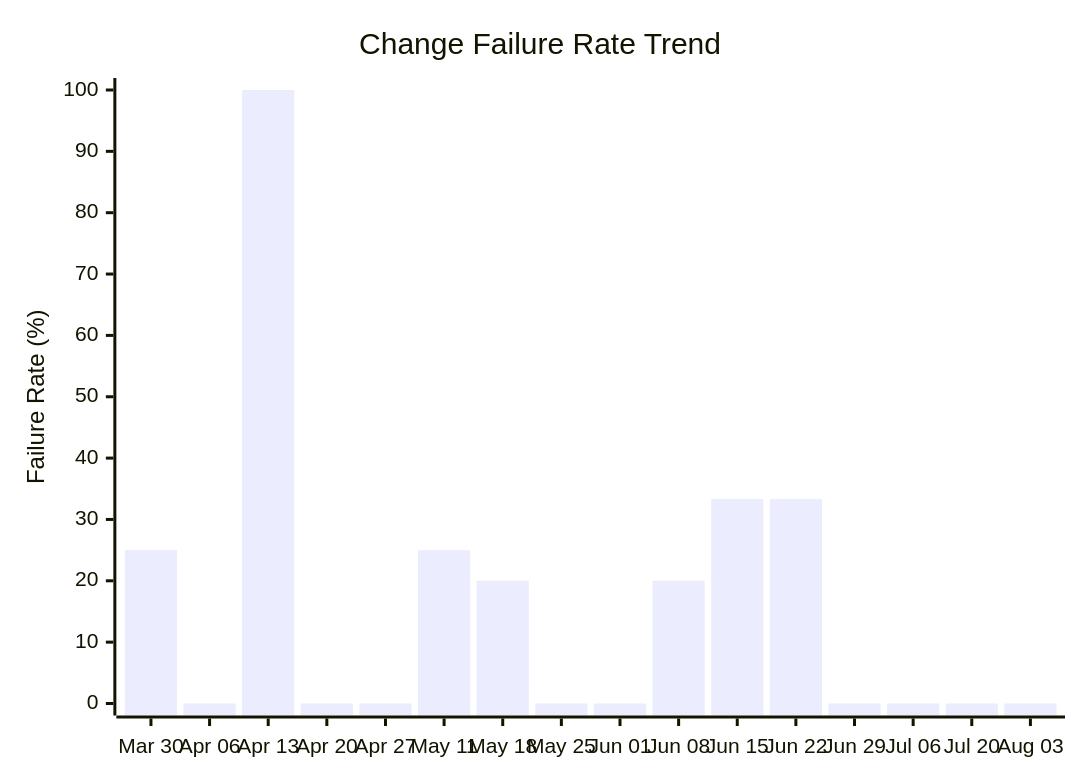
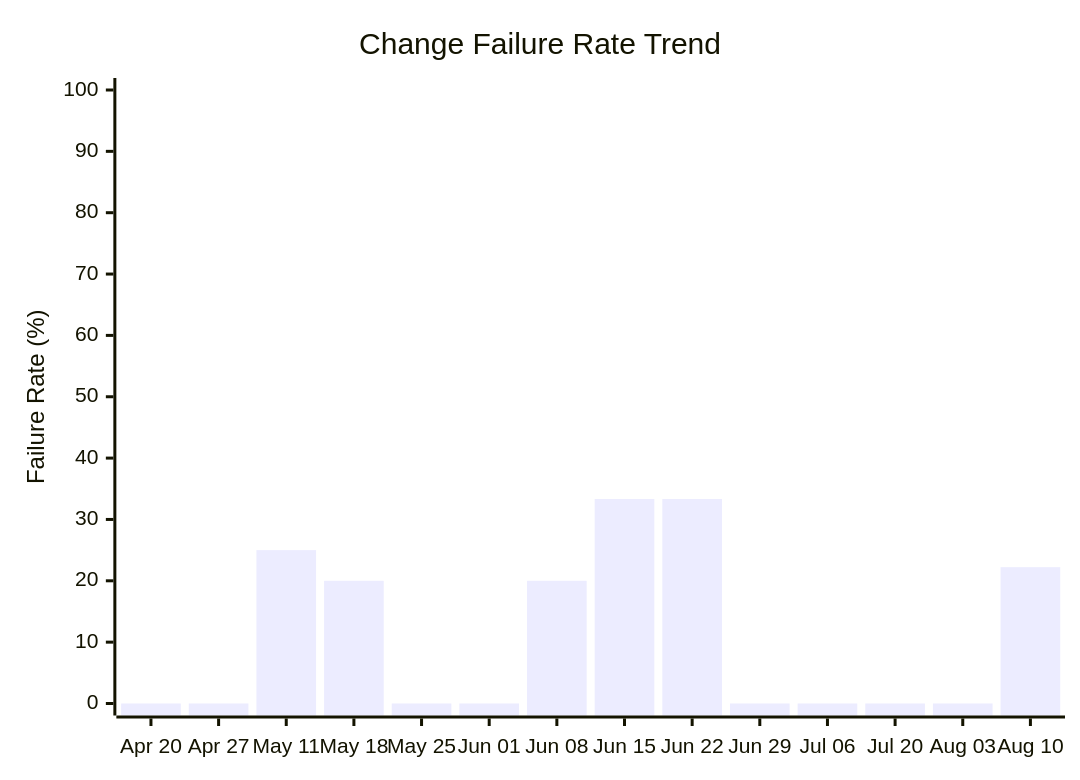
Before and after one commit to ukma-cs-ssdm-2025/rate-ukma: the fourth of 4 diagrams in docs/ci-cd/dora-summary.md, drawn with Mermaid. The commit also changed other lines of this file, not shown here.

````diff
--- a/docs/ci-cd/dora-summary.md
+++ b/docs/ci-cd/dora-summary.md
@@ -73,7 +73,7 @@
 ```mermaid
 xychart-beta
     title "Change Failure Rate Trend"
-    x-axis ["Mar 30", "Apr 06", "Apr 13", "Apr 20", "Apr 27", "May 11", "May 18", "May 25", "Jun 01", "Jun 08", "Jun 15", "Jun 22", "Jun 29", "Jul 06", "Jul 20", "Aug 03"]
+    x-axis ["Apr 20", "Apr 27", "May 11", "May 18", "May 25", "Jun 01", "Jun 08", "Jun 15", "Jun 22", "Jun 29", "Jul 06", "Jul 20", "Aug 03", "Aug 10"]
     y-axis "Failure Rate (%)" 0 --> 100
-    bar [25.00, 0.00, 100.00, 0.00, 0.00, 25.00, 20.00, 0.00, 0.00, 20.00, 33.33, 33.33, 0.00, 0.00, 0.00, 0.00]
+    bar [0.00, 0.00, 25.00, 20.00, 0.00, 0.00, 20.00, 33.33, 33.33, 0.00, 0.00, 0.00, 0.00, 22.22]
 ```
````
